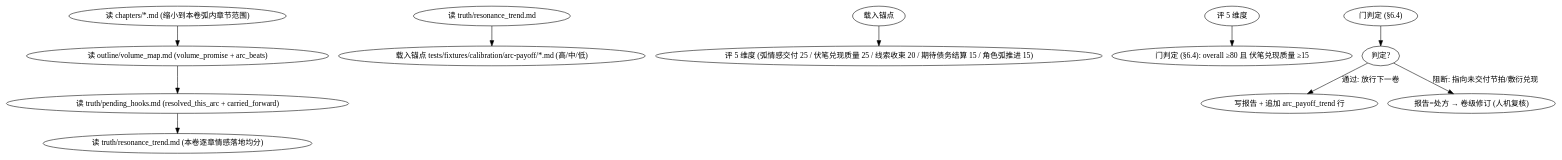
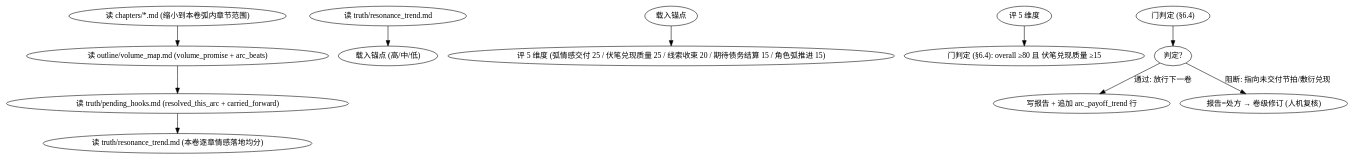
Before and after one commit to ThomasChangX/shenbi: the diagram in skills/shenbi-review-arc-payoff/SKILL.md, drawn with Graphviz. The commit also changed other lines of this file and 3 other files, not shown here.

````diff
--- a/skills/shenbi-review-arc-payoff/SKILL.md
+++ b/skills/shenbi-review-arc-payoff/SKILL.md
@@ -52,14 +52,14 @@
 ```dot
 digraph review_arc_payoff {
     rankdir=TB;
     "读 chapters/*.md (缩小到本卷弧内章节范围)" -> "读 outline/volume_map.md (volume_promise + arc_beats)";
     "读 outline/volume_map.md (volume_promise + arc_beats)" -> "读 truth/pending_hooks.md (resolved_this_arc + carried_forward)";
     "读 truth/pending_hooks.md (resolved_this_arc + carried_forward)" -> "读 truth/resonance_trend.md (本卷逐章情感落地均分)";
-    "读 truth/resonance_trend.md" -> "载入锚点 tests/fixtures/calibration/arc-payoff/*.md (高/中/低)";
+    "读 truth/resonance_trend.md" -> "载入锚点 (高/中/低)";
     "载入锚点" -> "评 5 维度 (弧情感交付 25 / 伏笔兑现质量 25 / 线索收束 20 / 期待债务结算 15 / 角色弧推进 15)";
     "评 5 维度" -> "门判定 (§6.4): overall ≥80 且 伏笔兑现质量 ≥15";
     "门判定 (§6.4)" -> "判定?";
     "判定?" -> "写报告 + 追加 arc_payoff_trend 行" [label="通过: 放行下一卷"];
     "判定?" -> "报告=处方 → 卷级修订 (人机复核)" [label="阻断: 指向未交付节拍/敷衍兑现"];
 }
 ```
````
